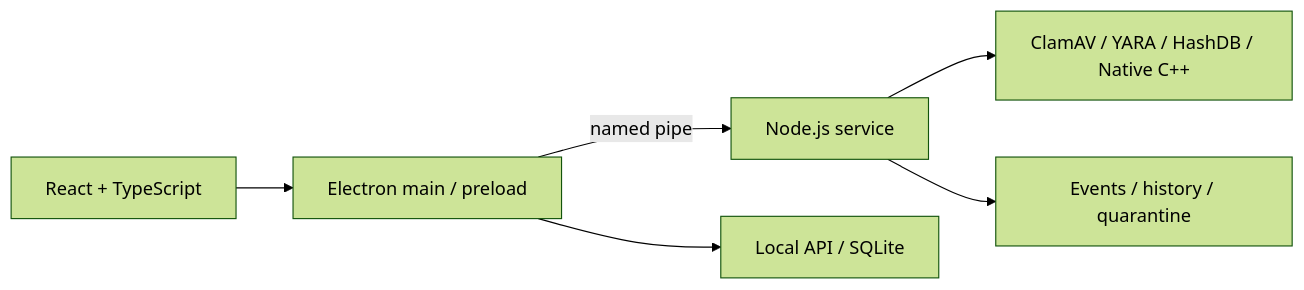
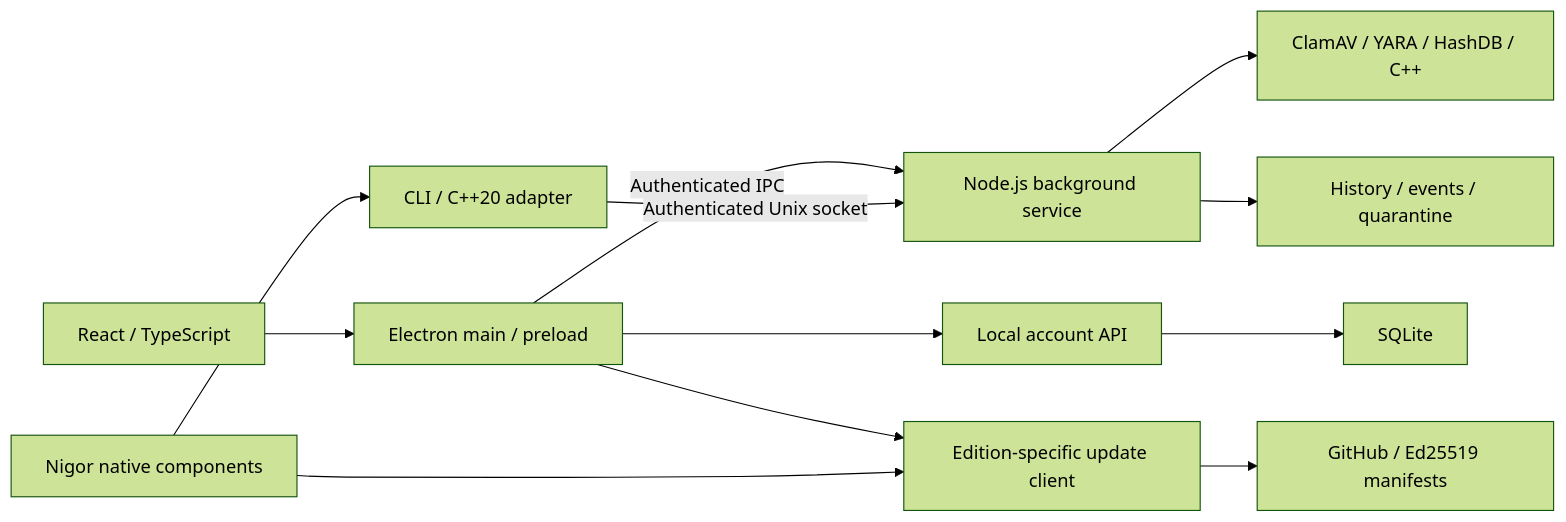
The diagram in README.md (MatrixChill/cybersafe-assistant), drawn with Mermaid (forest theme) before and after one commit. The commit also changed other lines of this file and 33 other files, not shown here.

````diff
--- a/README.md
+++ b/README.md
@@ -72,8 +58,14 @@
 ```mermaid
 flowchart LR
-    UI[React + TypeScript] --> Shell[Electron main / preload]
-    Shell -->|named pipe| Service[Node.js service]
-    Shell --> API[Local API / SQLite]
-    Service --> Engines[ClamAV / YARA / HashDB / Native C++]
-    Service --> Data[Events / history / quarantine]
+    UI["React / TypeScript"] --> Shell["Electron main / preload"]
+    Shell -->|"Authenticated IPC"| Service["Node.js background service"]
+    Shell --> API["Local account API"]
+    API --> SQL["SQLite"]
+    Service --> Engines["ClamAV / YARA / HashDB / C++"]
+    Service --> State["History / events / quarantine"]
+    Nigor["Nigor native components"] --> Client["CLI / C++20 adapter"]
+    Client -->|"Authenticated Unix socket"| Service
+    Shell --> Updates["Edition-specific update client"]
+    Nigor --> Updates
+    Updates --> Releases["GitHub / Ed25519 manifests"]
 ```
````
